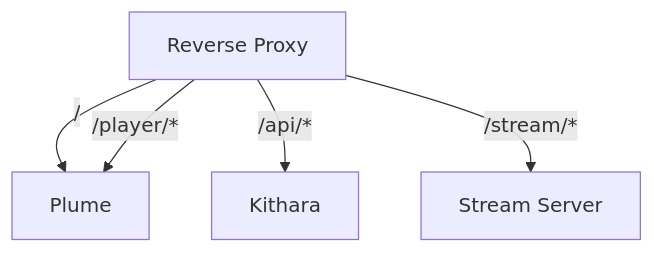
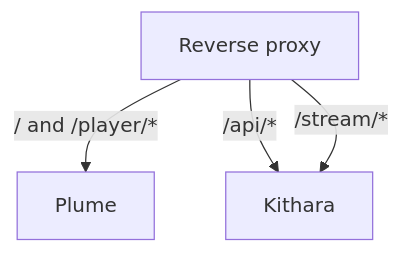
Before and after one commit to Bardie-radio/bardie-kithara: the diagram in docs/architecture/interfaces/uri-routing.md, drawn with Mermaid. The commit also changed other lines of this file and 35 other files, not shown here.

````diff
--- a/docs/architecture/interfaces/uri-routing.md
+++ b/docs/architecture/interfaces/uri-routing.md
@@ -3,8 +5,7 @@
 ```mermaid
 flowchart TB
-  Proxy[Reverse Proxy]
-  Proxy -->|/| Plume
-  Proxy -->|/player/*| Plume
+  Proxy[Reverse proxy]
+  Proxy -->|/ and /player/*| Plume
   Proxy -->|/api/*| Kithara
-  Proxy -->|/stream/*| StreamSrv[Stream Server]
+  Proxy -->|/stream/*| Kithara
 ```
````
